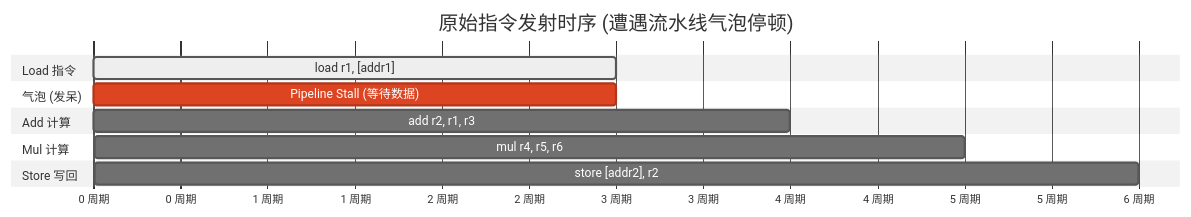
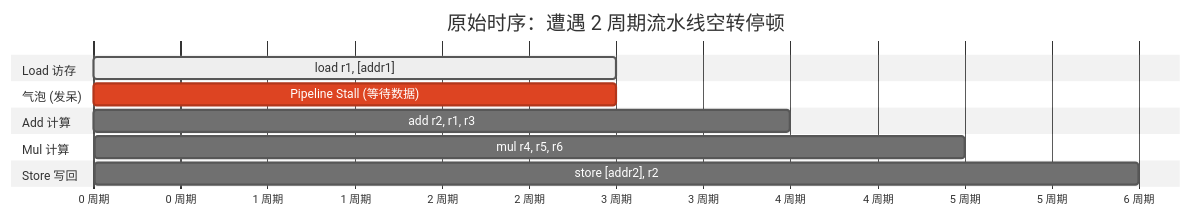
Before and after one commit to hqu-little-boy/blog: the first of 16 diagrams in src/content/posts/compiler-instruction-scheduling-and-numerical-semantics-contract-guide.md, drawn with Mermaid (neutral theme). The commit also changed other lines of this file, not shown here.

Commit message:
feat: expand compiler scheduling guide to cover 6 heterogeneous accelerator architectures (GPU/VLIW/DSP/Systolic/CGRA/RVV)

````diff
--- a/src/content/posts/compiler-instruction-scheduling-and-numerical-semantics-contract-guide.md
+++ b/src/content/posts/compiler-instruction-scheduling-and-numerical-semantics-contract-guide.md
@@ -119,16 +136,16 @@
 ```mermaid
 gantt
-    title 原始指令发射时序 (遭遇流水线气泡停顿)
+    title 原始时序：遭遇 2 周期流水线空转停顿
     dateFormat X
     axisFormat %s 周期
-    section Load 指令
+    section Load 访存
     load r1, [addr1] :active, 0, 3
     section 气泡 (发呆)
     Pipeline Stall (等待数据) :crit, 1, 3
     section Add 计算
     add r2, r1, r3 : 3, 4
     section Mul 计算
     mul r4, r5, r6 : 4, 5
     section Store 写回
     store [addr2], r2 : 5, 6
 ```
````
